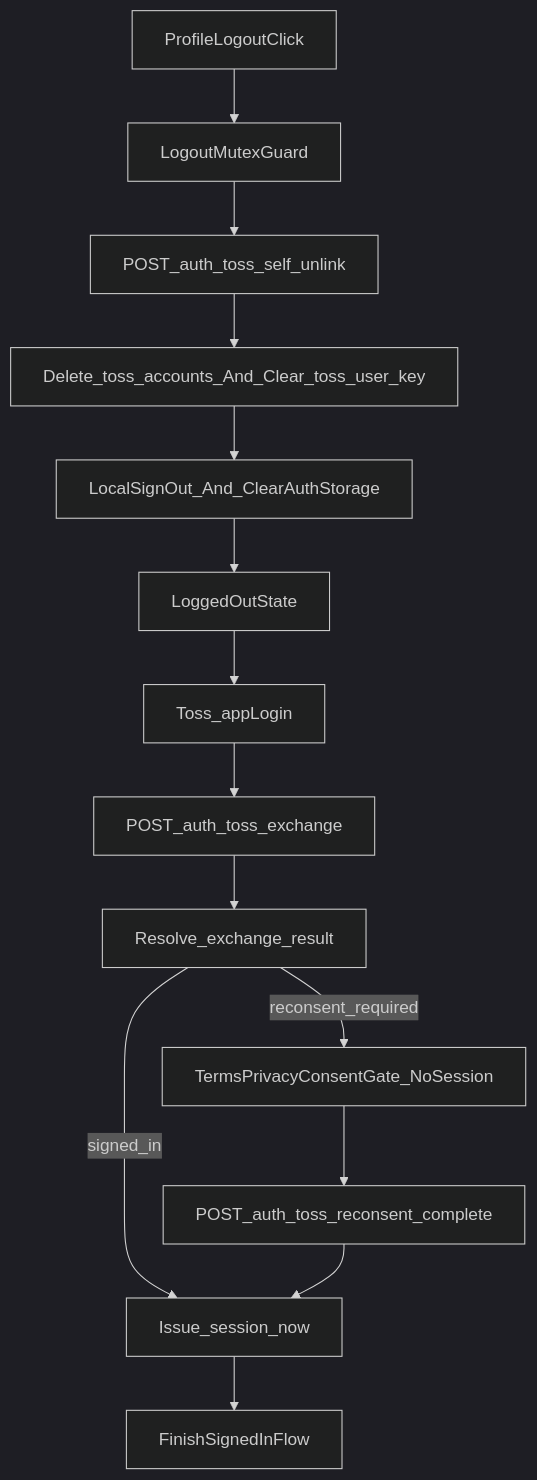
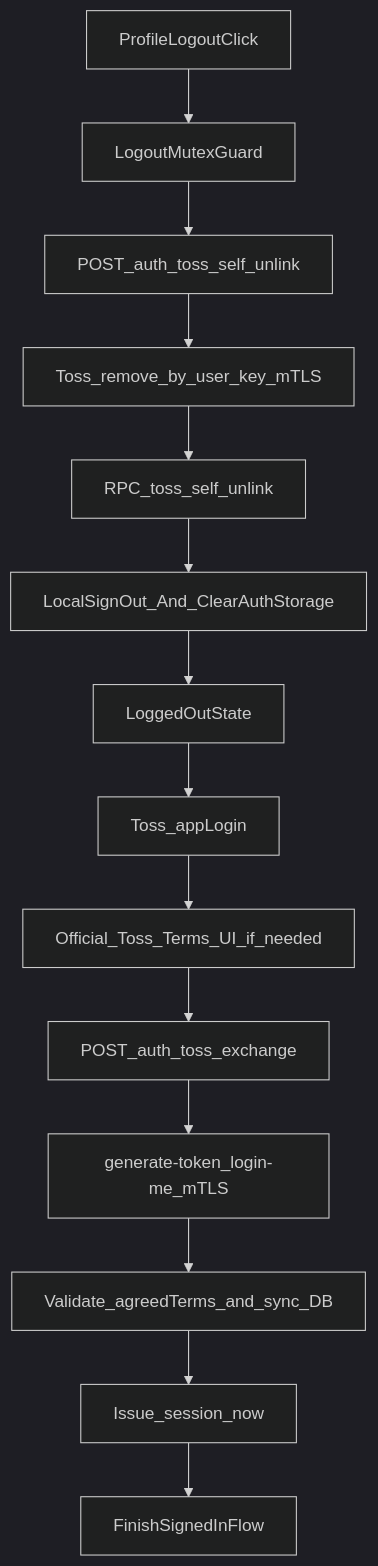
The diagram in docs2/TOSS_UNLINK_RELOGIN_SIMULATION_PLAN.md (stillyoung8810-png/BTD-alarm2), drawn with Mermaid (dark theme) before and after one commit. The commit also changed other lines of this file, not shown here.

````diff
--- a/docs2/TOSS_UNLINK_RELOGIN_SIMULATION_PLAN.md
+++ b/docs2/TOSS_UNLINK_RELOGIN_SIMULATION_PLAN.md
@@ -259,17 +253,17 @@
 ```mermaid
 flowchart TD
   profileLogout[ProfileLogoutClick] --> logoutGuard[LogoutMutexGuard]
   logoutGuard --> selfUnlinkApi[POST_auth_toss_self_unlink]
-  selfUnlinkApi --> unlinkCleanup[Delete_toss_accounts_And_Clear_toss_user_key]
+  selfUnlinkApi --> tossOfficialUnlink[Toss_remove_by_user_key_mTLS]
+  tossOfficialUnlink --> unlinkCleanup[RPC_toss_self_unlink]
   unlinkCleanup --> localCleanup[LocalSignOut_And_ClearAuthStorage]
   localCleanup --> loggedOut[LoggedOutState]
 
   loggedOut --> tossLogin[Toss_appLogin]
-  tossLogin --> exchange[POST_auth_toss_exchange]
-  exchange --> exchangeResult[Resolve_exchange_result]
-  exchangeResult -->|signed_in| sessionIssue[Issue_session_now]
-  exchangeResult -->|reconsent_required| consentGate[TermsPrivacyConsentGate_NoSession]
-  consentGate --> finalizeReconsent[POST_auth_toss_reconsent_complete]
-  finalizeReconsent --> sessionIssue
+  tossLogin --> tossTerms[Official_Toss_Terms_UI_if_needed]
+  tossTerms --> exchange[POST_auth_toss_exchange]
+  exchange --> tokenAndLoginMe[generate-token_login-me_mTLS]
+  tokenAndLoginMe --> consentSync[Validate_agreedTerms_and_sync_DB]
+  consentSync --> sessionIssue[Issue_session_now]
   sessionIssue --> signedIn[FinishSignedInFlow]
 ```
````
